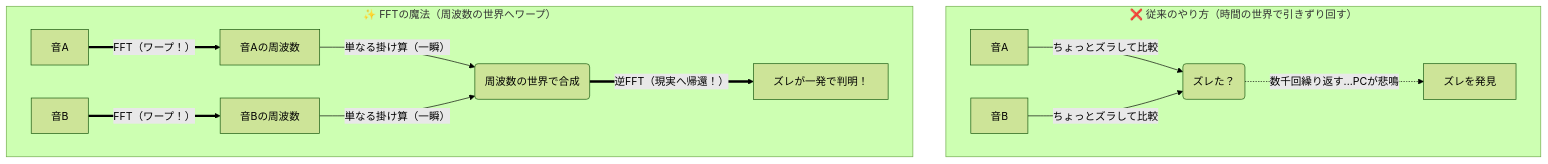
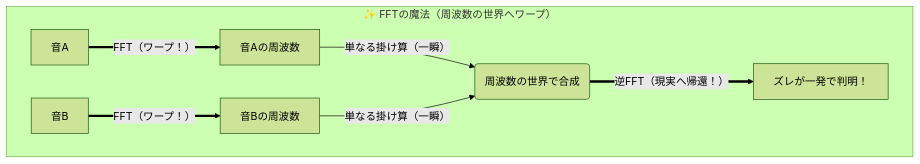
Before and after one commit to bms-atelier-kyokufu/BmsPartTuner: the sixth of 10 diagrams in docs/casual_guide.md, drawn with Mermaid (forest theme). The commit also changed other lines of this file, not shown here.

Commit message:
docs: add casual guide for BmsPartTuner usage

````diff
--- a/docs/casual_guide.md
+++ b/docs/casual_guide.md
@@ -305,21 +316,13 @@
 ```mermaid
 graph TD
-    subgraph before  ["❌ 従来のやり方（時間の世界で引きずり回す）"]
-        音A1_old[音A]
-        音B1_old[音B]
-        音A1_old --> |ちょっとズラして比較| 比較1(ズレた？)
-        音B1_old --> |ちょっとズラして比較| 比較1
-        比較1 -.-> |数千回繰り返す...PCが悲鳴| 結果1[ズレを発見]
-    end
-
     subgraph after  ["✨ FFTの魔法（周波数の世界へワープ）"]
         音A2_new[音A]
         音B2_new[音B]
         音A2_new ==> |FFT（ワープ！）| 周波数A[音Aの周波数]
         音B2_new ==> |FFT（ワープ！）| 周波数B[音Bの周波数]
         周波数A --> |単なる掛け算（一瞬）| 掛け算(周波数の世界で合成)
         周波数B --> |単なる掛け算（一瞬）| 掛け算
         掛け算 ==> |逆FFT（現実へ帰還！）| 結果2[ズレが一発で判明！]
     end
 
 ```
````
